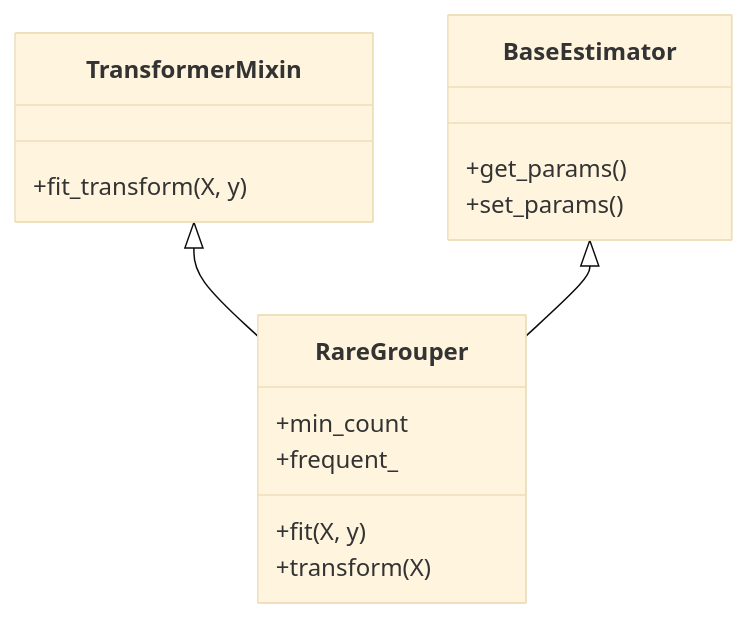
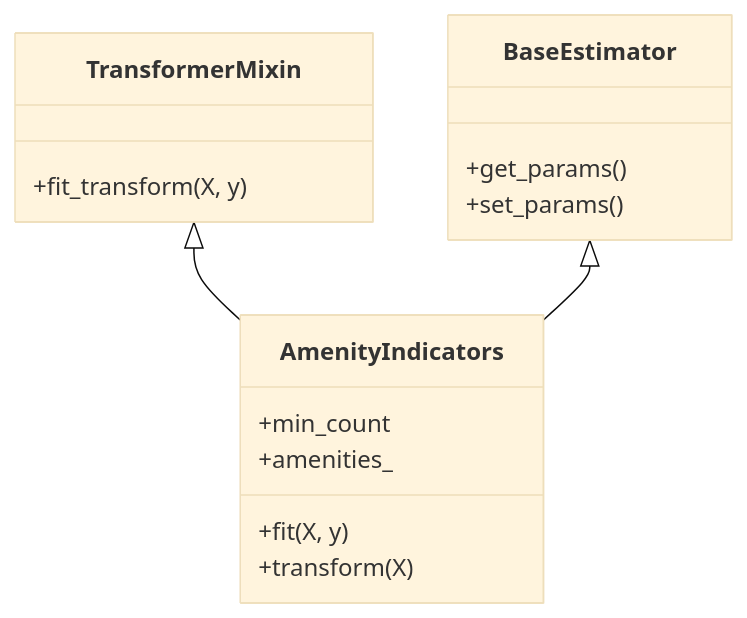
The third of 3 diagrams in sessions/09-feature-engineering-and-imbalance/theory/01-dates-interactions-and-categories.md (khoadaniel/statistical-programming-mpmd-htw-ws-2026), drawn with Mermaid (base theme) before and after one commit. The commit also changed other lines of this file and 106 other files, not shown here.

````diff
--- a/sessions/09-feature-engineering-and-imbalance/theory/01-dates-interactions-and-categories.md
+++ b/sessions/09-feature-engineering-and-imbalance/theory/01-dates-interactions-and-categories.md
@@ -273,18 +301,18 @@
 ```mermaid
 classDiagram
     class TransformerMixin {
         +fit_transform(X, y)
     }
     class BaseEstimator {
         +get_params()
         +set_params()
     }
-    class RareGrouper {
+    class AmenityIndicators {
         +min_count
-        +frequent_
+        +amenities_
         +fit(X, y)
         +transform(X)
     }
-    TransformerMixin <|-- RareGrouper
-    BaseEstimator <|-- RareGrouper
+    TransformerMixin <|-- AmenityIndicators
+    BaseEstimator <|-- AmenityIndicators
 ```
````
